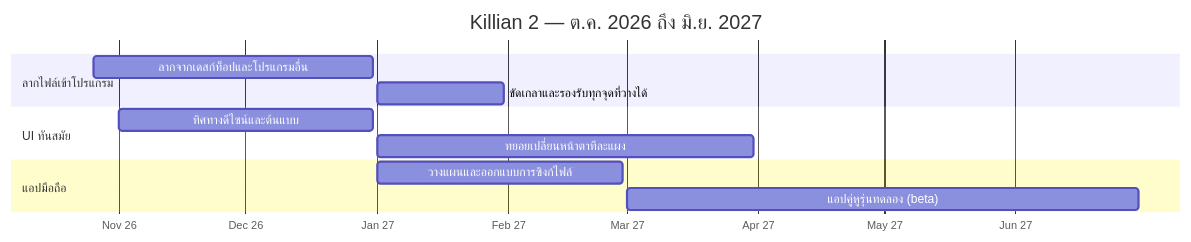
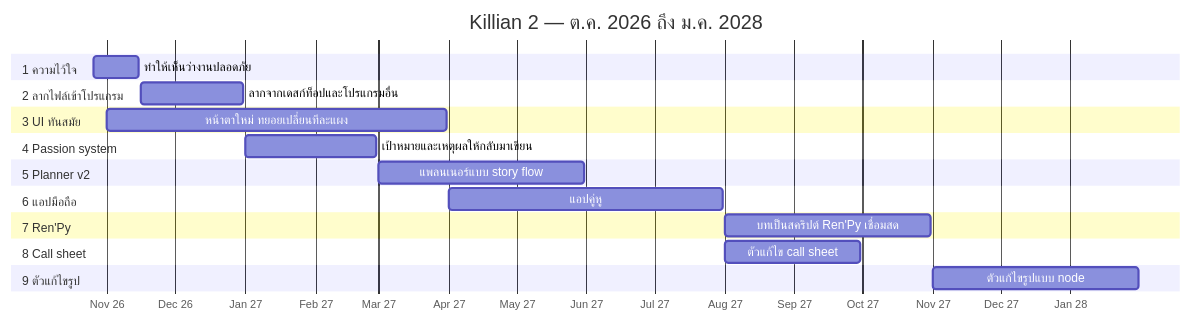
Before and after one commit to Nbcybg/Killian-Editor-V2: the diagram in ROADMAP.th.md, drawn with Mermaid. The commit also changed other lines of this file and 3 other files, not shown here.

First line of the commit message:
Add roadmap: priority-ordered plan Oct 2026 - Jan 2028

````diff
--- a/ROADMAP.th.md
+++ b/ROADMAP.th.md
@@ -8,19 +9,34 @@
 ```mermaid
 gantt
-    title Killian 2 — ต.ค. 2026 ถึง มิ.ย. 2027
+    title Killian 2 — ต.ค. 2026 ถึง ม.ค. 2028
     dateFormat YYYY-MM-DD
     axisFormat %b %y
     todayMarker off
 
-    section ลากไฟล์เข้าโปรแกรม
-    ลากจากเดสก์ท็อปและโปรแกรมอื่น    :dd1, 2026-10-26, 2026-12-31
-    ขัดเกลาและรองรับทุกจุดที่วางได้   :dd2, 2027-01-01, 2027-01-31
+    section 1 ความไว้ใจ
+    ทำให้เห็นว่างานปลอดภัย              :tr1, 2026-10-26, 2026-11-15
 
-    section UI ทันสมัย
-    ทิศทางดีไซน์และต้นแบบ            :ui1, 2026-11-01, 2026-12-31
-    ทยอยเปลี่ยนหน้าตาทีละแผง         :ui2, 2027-01-01, 2027-03-31
+    section 2 ลากไฟล์เข้าโปรแกรม
+    ลากจากเดสก์ท็อปและโปรแกรมอื่น      :dd1, 2026-11-16, 2026-12-31
 
-    section แอปมือถือ
-    วางแผนและออกแบบการซิงก์ไฟล์       :mb1, 2027-01-01, 2027-02-28
-    แอปคู่หูรุ่นทดลอง (beta)          :mb2, 2027-03-01, 2027-06-30
+    section 3 UI ทันสมัย
+    หน้าตาใหม่ ทยอยเปลี่ยนทีละแผง       :ui1, 2026-11-01, 2027-03-31
+
+    section 4 Passion system
+    เป้าหมายและเหตุผลให้กลับมาเขียน     :ps1, 2027-01-01, 2027-02-28
+
+    section 5 Planner v2
+    แพลนเนอร์แบบ story flow            :pl1, 2027-03-01, 2027-05-31
+
+    section 6 แอปมือถือ
+    แอปคู่หู                            :mb1, 2027-04-01, 2027-07-31
+
+    section 7 Ren'Py
+    บทเป็นสคริปต์ Ren'Py เชื่อมสด       :rp1, 2027-08-01, 2027-10-31
+
+    section 8 Call sheet
+    ตัวแก้ไข call sheet                :cs1, 2027-08-01, 2027-09-30
+
+    section 9 ตัวแก้ไขรูป
+    ตัวแก้ไขรูปแบบ node                :im1, 2027-11-01, 2028-01-31
 ```
````
